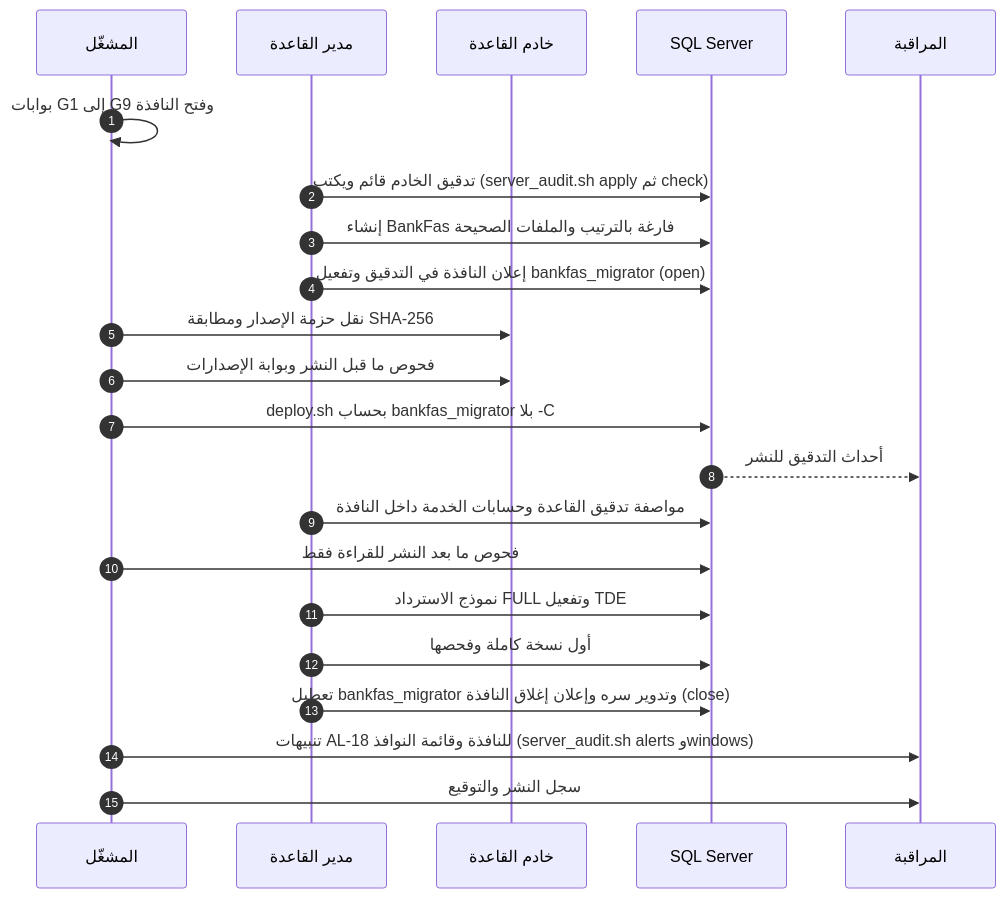
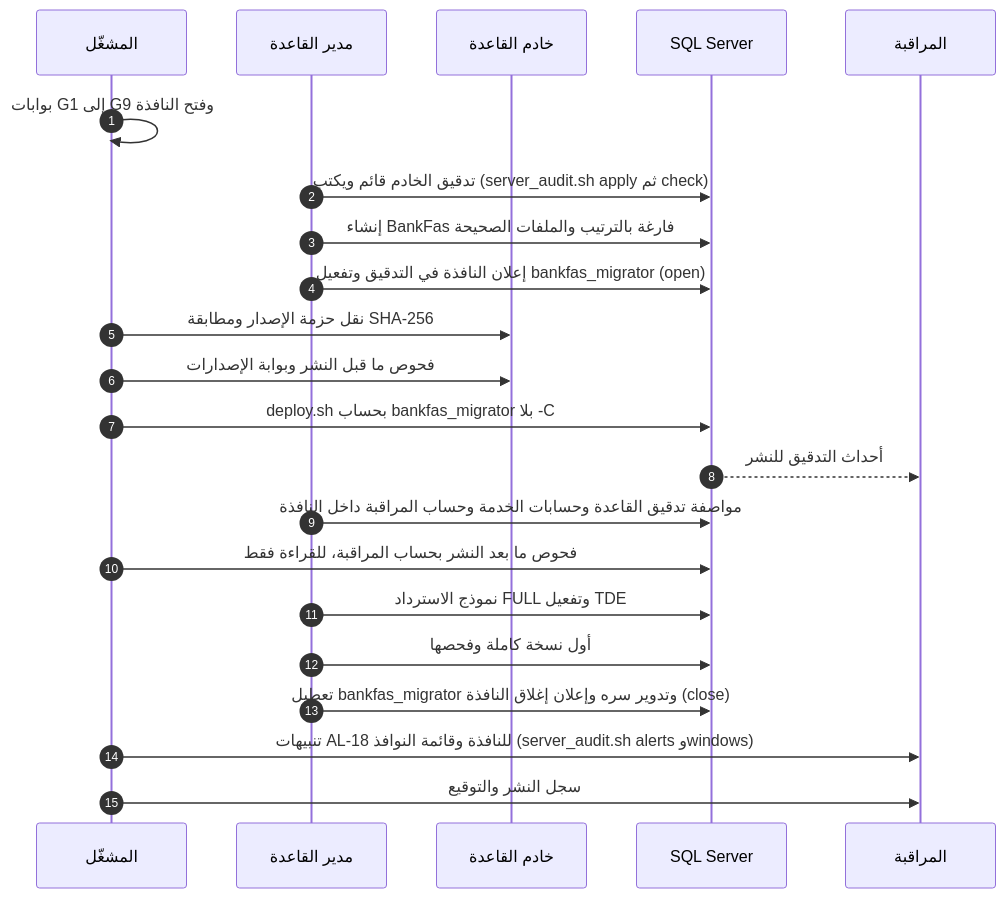
One commit to thawrasy/smartlines changed the diagram in treasury-platform/docs/30-readiness/DOC-S11-deployment-guide.md. Above: the diagram before and after it, drawn with Mermaid. The commit also changed other lines of this file and 21 other files, not shown here.

````diff
--- a/treasury-platform/docs/30-readiness/DOC-S11-deployment-guide.md
+++ b/treasury-platform/docs/30-readiness/DOC-S11-deployment-guide.md
@@ -46,24 +46,24 @@
 ```mermaid
 sequenceDiagram
   autonumber
   participant O as المشغّل
   participant D as مدير القاعدة
   participant H as خادم القاعدة
   participant S as SQL Server
   participant M as المراقبة
   O->>O: بوابات G1 إلى G9 وفتح النافذة
   D->>S: تدقيق الخادم قائم ويكتب (server_audit.sh apply ثم check)
   D->>S: إنشاء BankFas فارغة بالترتيب والملفات الصحيحة
   D->>S: إعلان النافذة في التدقيق وتفعيل bankfas_migrator (open)
   O->>H: نقل حزمة الإصدار ومطابقة SHA-256
   O->>H: فحوص ما قبل النشر وبوابة الإصدارات
   O->>S: deploy.sh بحساب bankfas_migrator بلا -C
   S-->>M: أحداث التدقيق للنشر
-  D->>S: مواصفة تدقيق القاعدة وحسابات الخدمة داخل النافذة
-  O->>S: فحوص ما بعد النشر للقراءة فقط
+  D->>S: مواصفة تدقيق القاعدة وحسابات الخدمة وحساب المراقبة داخل النافذة
+  O->>S: فحوص ما بعد النشر بحساب المراقبة، للقراءة فقط
   D->>S: نموذج الاسترداد FULL وتفعيل TDE
   D->>S: أول نسخة كاملة وفحصها
   D->>S: تعطيل bankfas_migrator وتدوير سره وإعلان إغلاق النافذة (close)
   O->>M: تنبيهات AL-18 للنافذة وقائمة النوافذ (server_audit.sh alerts وwindows)
   O->>M: سجل النشر والتوقيع
 ```
````
